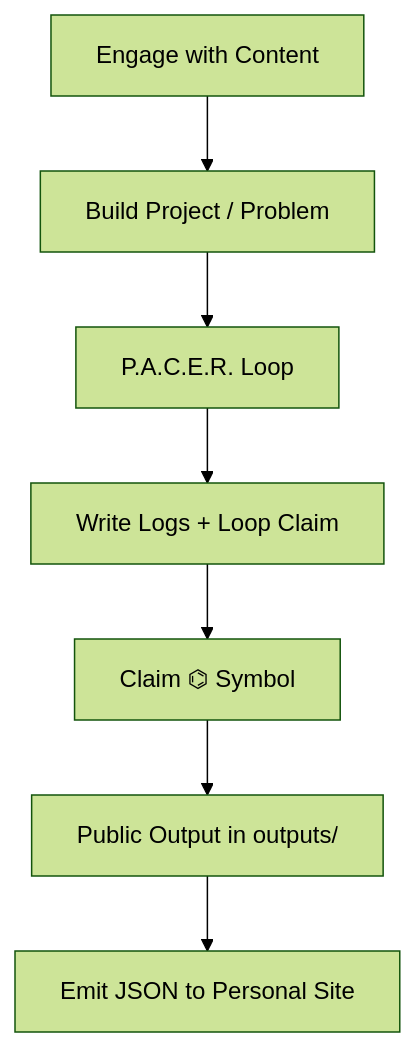
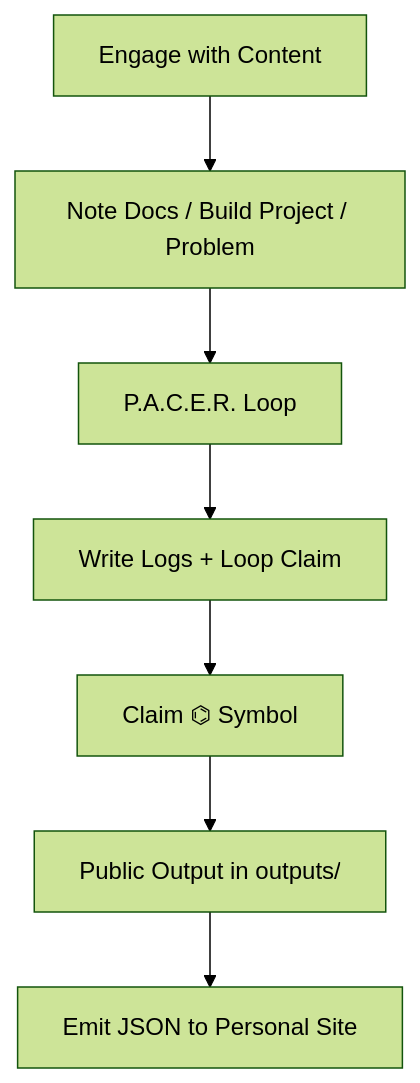
Before and after one commit to secondmindlab/track-template: the diagram in README.md, drawn with Mermaid (forest theme). The commit also changed other lines of this file and 6 other files, not shown here.

````diff
--- a/README.md
+++ b/README.md
@@ -42,9 +42,9 @@
 ```mermaid
 graph TD
-  A[Engage with Content] --> B[Build Project / Problem]
+  A[Engage with Content] --> B[Note Docs / Build Project / Problem]
   B --> C[P.A.C.E.R. Loop]
   C --> D[Write Logs + Loop Claim]
   D --> E[Claim ⌬ Symbol]
   E --> F[Public Output in outputs/]
   F --> G[Emit JSON to Personal Site]
 ```
````
